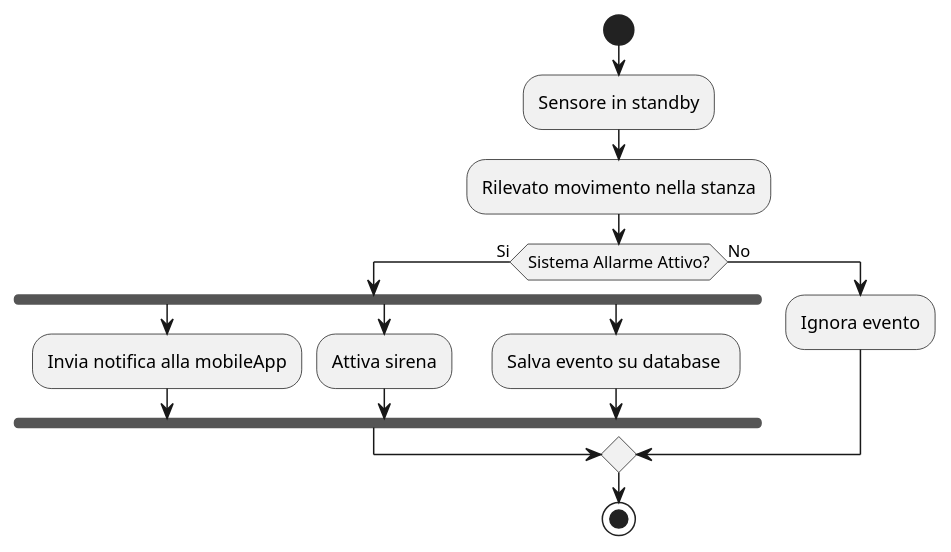
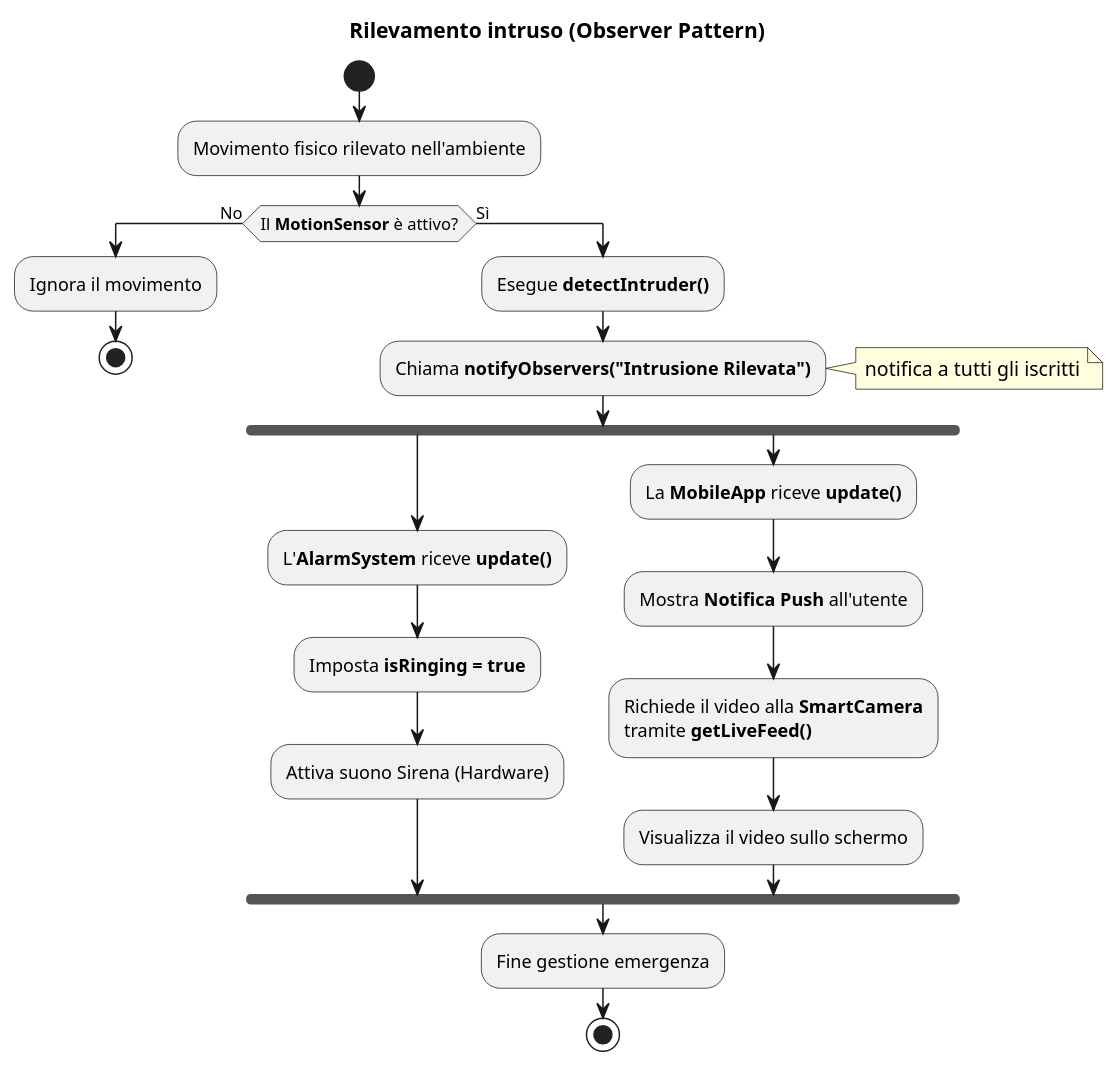
One commit to AndreaDiPietro0/SmartHomeSWE changed the diagram in uml/activity_observer.puml. Above: the diagram before and after it, drawn with PlantUML. The commit also changed 28 other files, not shown here.

Commit message:
nuova logica, nuovi diagrammi, modifiche finali

```diff
--- a/uml/activity_observer.puml
+++ b/uml/activity_observer.puml
@@ -1,17 +1,32 @@
 @startuml
+title Rilevamento intruso (Observer Pattern)
+
 start
-:Sensore in standby;
-:Rilevato movimento nella stanza;
-if (Sistema Allarme Attivo?) then (Si)
-  fork
-    :Invia notifica alla mobileApp;
-  fork again
-    :Attiva sirena;
-  fork again
-    :Salva evento su database ;
-  end fork
-else (No)
-  :Ignora evento;
+:Movimento fisico rilevato nell'ambiente;
+
+if (Il **MotionSensor** è attivo?) then (No)
+    :Ignora il movimento;
+    stop
+else (Sì)
+    :Esegue **detectIntruder()**;
+    :Chiama **notifyObservers("Intrusione Rilevata")**;
+
+    note right: notifica a tutti gli iscritti
+
+    fork
+        ' Ramo dell'AlarmSystem
+        :L'**AlarmSystem** riceve **update()**;
+        :Imposta **isRinging = true**;
+        :Attiva suono Sirena (Hardware);
+    fork again
+        ' Ramo della MobileApp
+        :La **MobileApp** riceve **update()**;
+        :Mostra **Notifica Push** all'utente;
+        :Richiede il video alla **SmartCamera**\ntramite **getLiveFeed()**;
+        :Visualizza il video sullo schermo;
+    end fork
+
+    :Fine gestione emergenza;
+    stop
 endif
-stop
 @enduml
```
